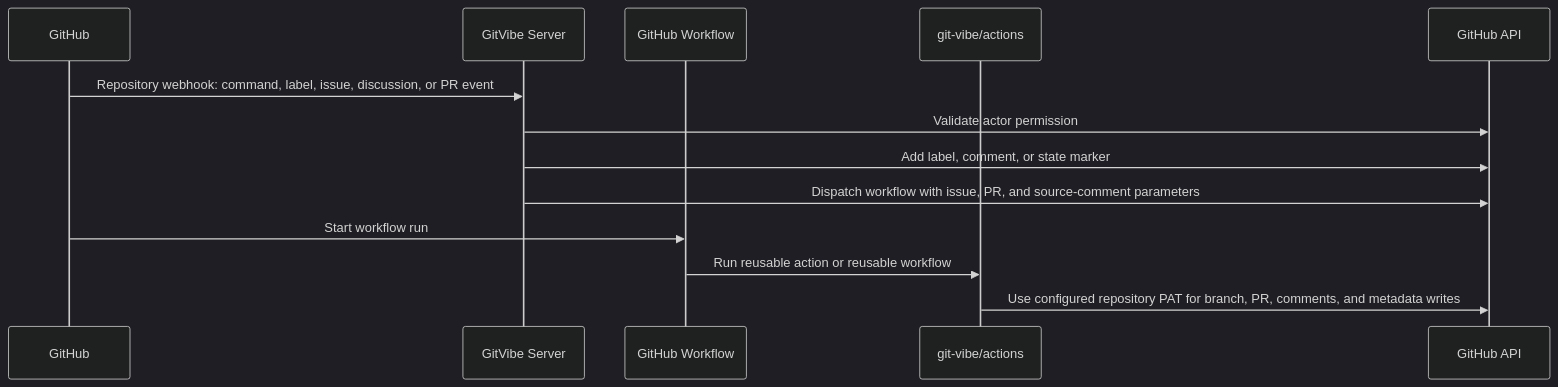
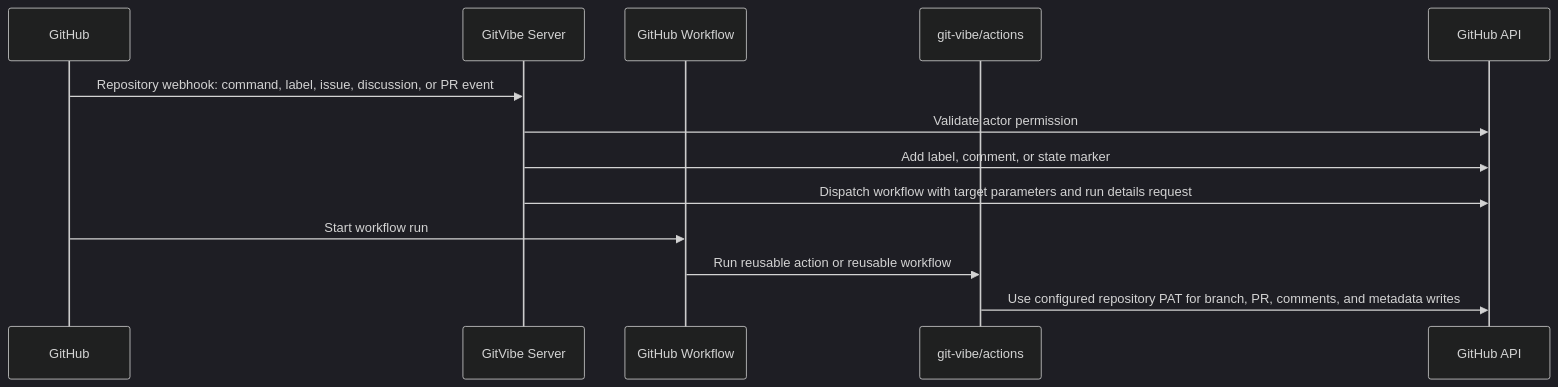
One commit to markhuangai/git-vibe changed the second of 3 diagrams in docs/ARCHITECTURE.md. Above: the diagram before and after it, drawn with Mermaid (dark theme). The commit also changed 19 other files, not shown here.

````diff
--- a/docs/ARCHITECTURE.md
+++ b/docs/ARCHITECTURE.md
@@ -60,16 +60,16 @@
 ```mermaid
 sequenceDiagram
   participant GH as GitHub
   participant App as GitVibe Server
   participant WF as GitHub Workflow
   participant Act as git-vibe/actions
   participant API as GitHub API
 
   GH->>App: Repository webhook: command, label, issue, discussion, or PR event
   App->>API: Validate actor permission
   App->>API: Add label, comment, or state marker
-  App->>API: Dispatch workflow with issue, PR, and source-comment parameters
+  App->>API: Dispatch workflow with target parameters and run details request
   GH->>WF: Start workflow run
   WF->>Act: Run reusable action or reusable workflow
   Act->>API: Use configured repository PAT for branch, PR, comments, and metadata writes
 ```
````
